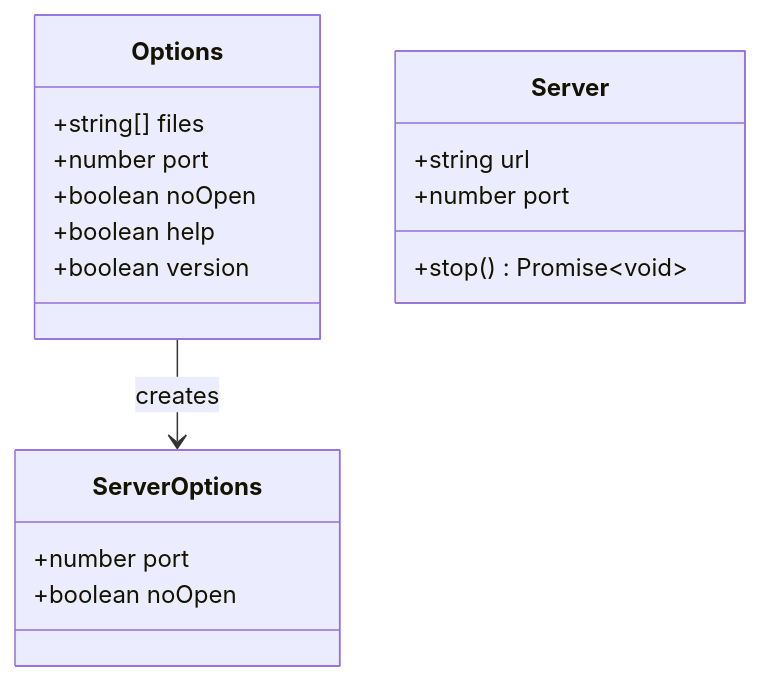
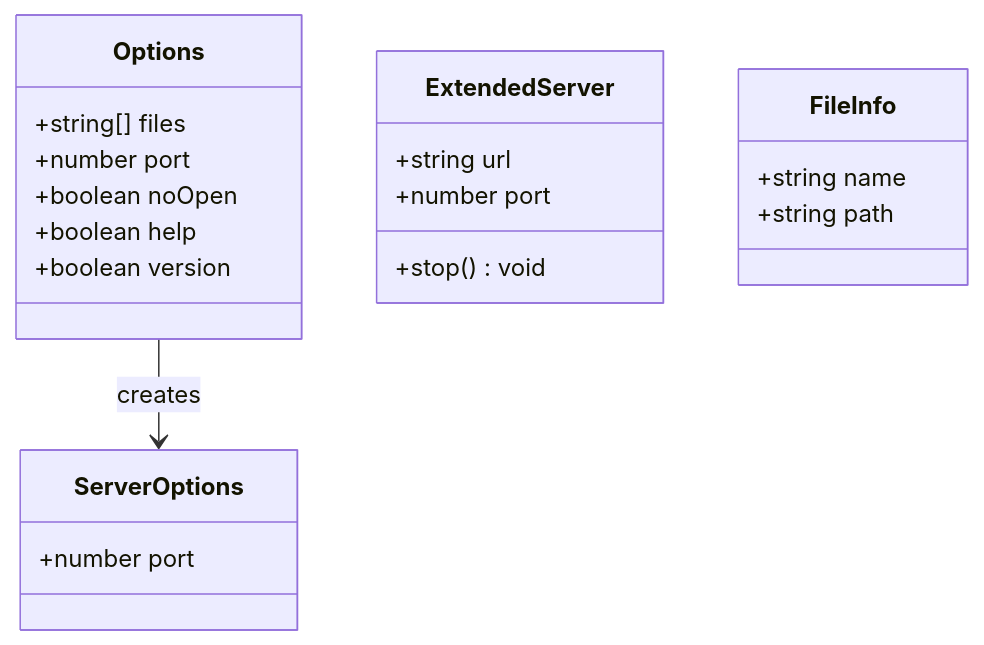
The fifth of 5 diagrams in .specs/spec/CLI/design.md (rarudo/md-open-browser), drawn with Mermaid before and after one commit. The commit also changed other lines of this file and 10 other files, not shown here.

````diff
--- a/.specs/spec/CLI/design.md
+++ b/.specs/spec/CLI/design.md
@@ -178,20 +239,23 @@
 ```mermaid
 classDiagram
     class Options {
         +string[] files
         +number port
         +boolean noOpen
         +boolean help
         +boolean version
     }
     class ServerOptions {
         +number port
-        +boolean noOpen
     }
-    class Server {
+    class ExtendedServer {
         +string url
         +number port
-        +stop() Promise~void~
+        +stop() void
+    }
+    class FileInfo {
+        +string name
+        +string path
     }
     Options --> ServerOptions : creates
 ```
````
